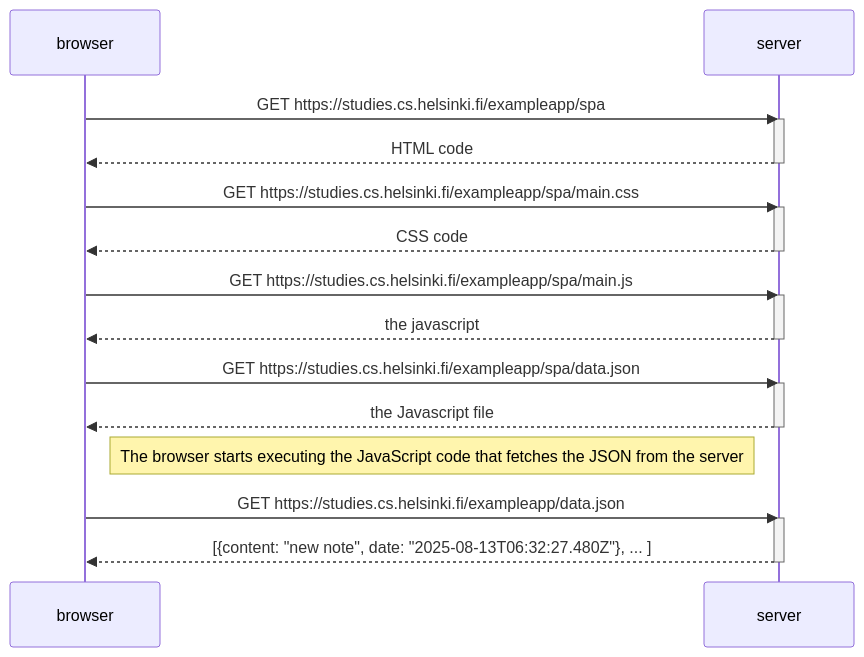
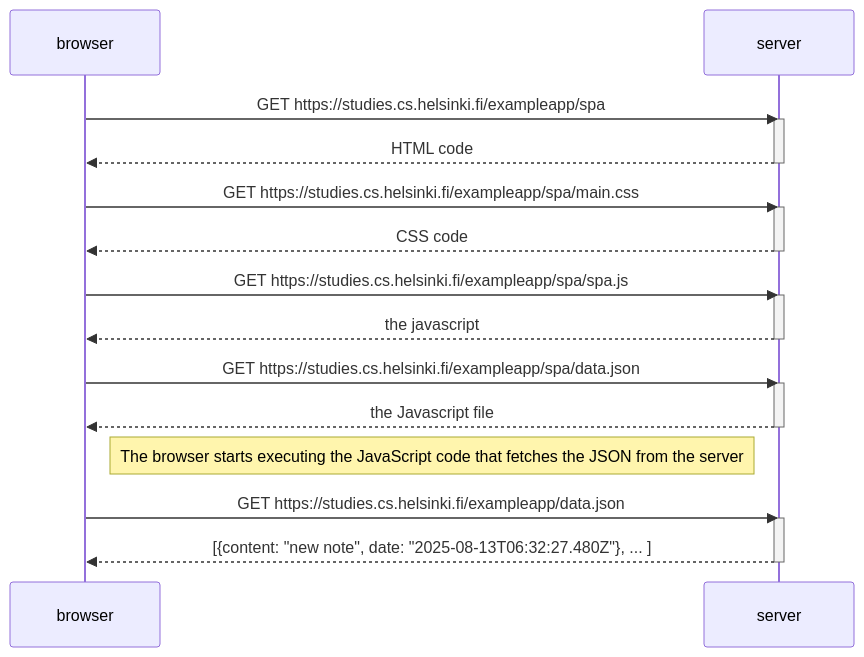
Before and after one commit to h-code-python/fullstackopen: the diagram in part0/0.5_single_app.md, drawn with Mermaid.

````diff
--- a/part0/0.5_single_app.md
+++ b/part0/0.5_single_app.md
@@ -1,34 +1,34 @@
 ```mermaid
 sequenceDiagram
     participant browser
     participant server
 
     browser->>server: GET https://studies.cs.helsinki.fi/exampleapp/spa
 
     activate server
     server-->>browser: HTML code
     deactivate server
 
     browser->>server: GET https://studies.cs.helsinki.fi/exampleapp/spa/main.css
     activate server
     server-->>browser: CSS code
     deactivate server
 
-    browser->>server: GET https://studies.cs.helsinki.fi/exampleapp/spa/main.js
+    browser->>server: GET https://studies.cs.helsinki.fi/exampleapp/spa/spa.js
     activate server
     server-->>browser: the javascript
     deactivate server
 
     browser->>server: GET https://studies.cs.helsinki.fi/exampleapp/spa/data.json
     activate server
     server-->>browser: the Javascript file
     deactivate server
 
     Note right of browser: The browser starts executing the JavaScript code that fetches the JSON from the server
 
     browser->>server: GET https://studies.cs.helsinki.fi/exampleapp/data.json
     activate server
     server-->>browser: [{content: "new note", date: "2025-08-13T06:32:27.480Z"}, ... ]
     deactivate server
 
 ```
````
